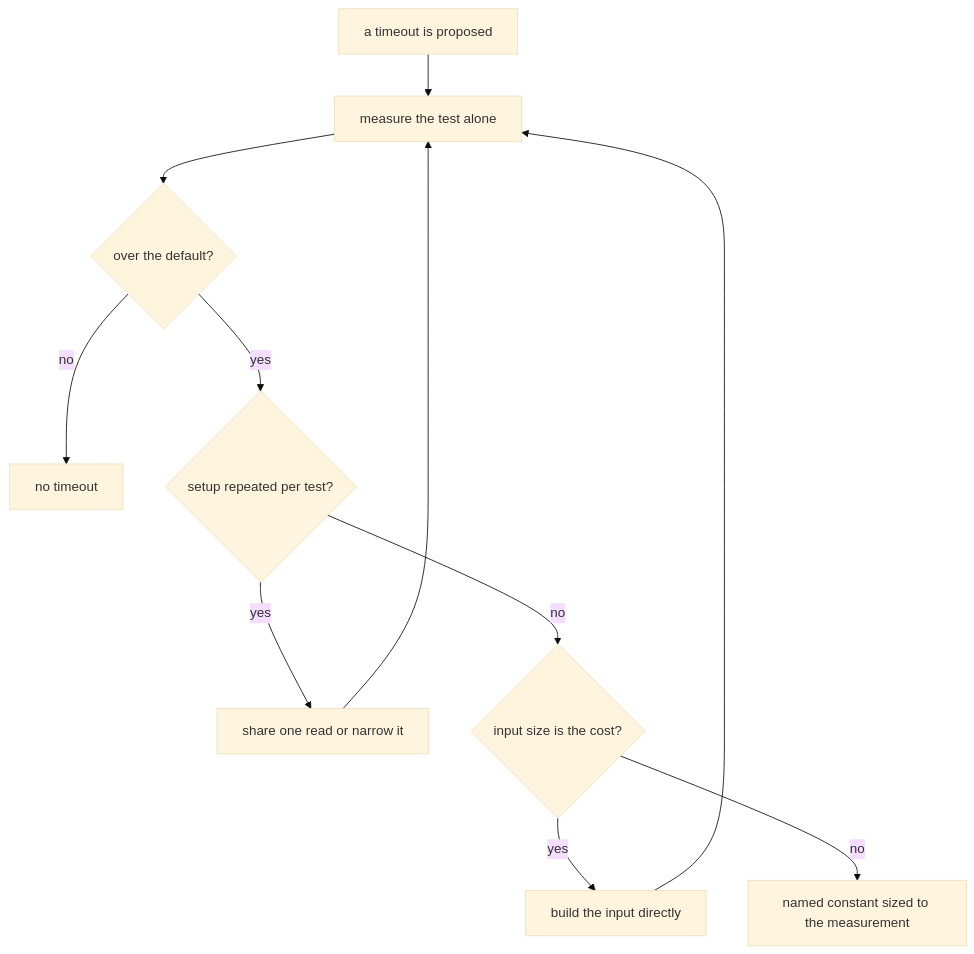
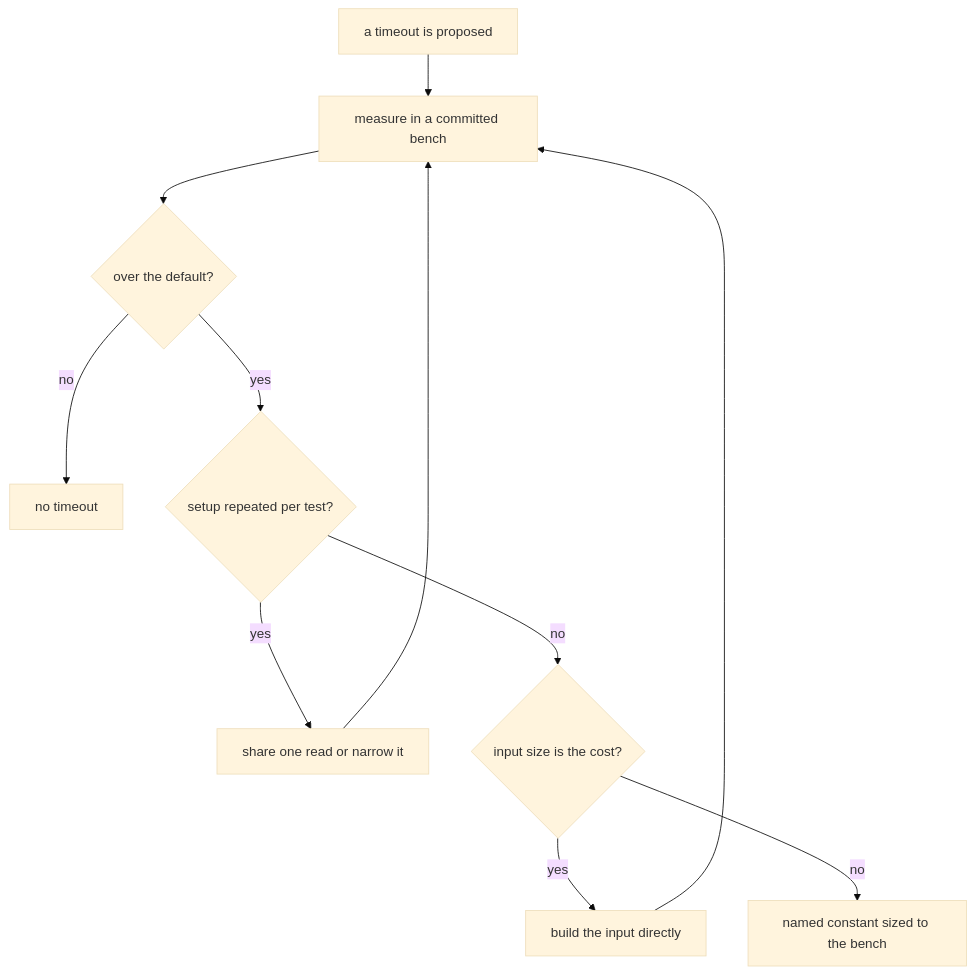
The diagram in .agents/skills/testing/references/timeouts.md (Esposter/Esposter), drawn with Mermaid (base theme) before and after one commit. The commit also changed other lines of this file and 4 other files, not shown here.

````diff
--- a/.agents/skills/testing/references/timeouts.md
+++ b/.agents/skills/testing/references/timeouts.md
@@ -16,13 +16,13 @@
 ```mermaid
 flowchart TD
-  A["a timeout is proposed"] --> B["measure the test alone"]
+  A["a timeout is proposed"] --> B["measure in a committed bench"]
   B --> C{"over the default?"}
   C -->|no| D["no timeout"]
   C -->|yes| E{"setup repeated per test?"}
   E -->|yes| F["share one read or narrow it"]
   F --> B
   E -->|no| G{"input size is the cost?"}
   G -->|yes| H["build the input directly"]
   H --> B
-  G -->|no| I["named constant sized to the measurement"]
+  G -->|no| I["named constant sized to the bench"]
 ```
````
